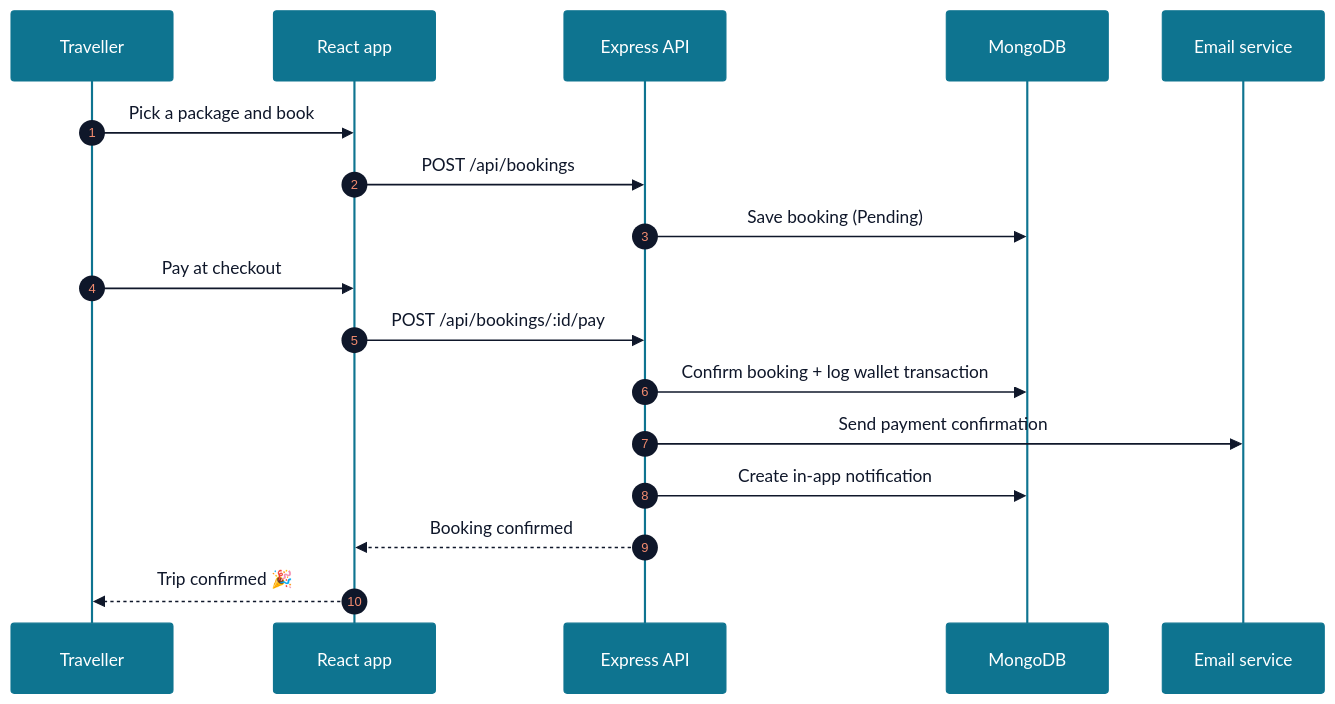
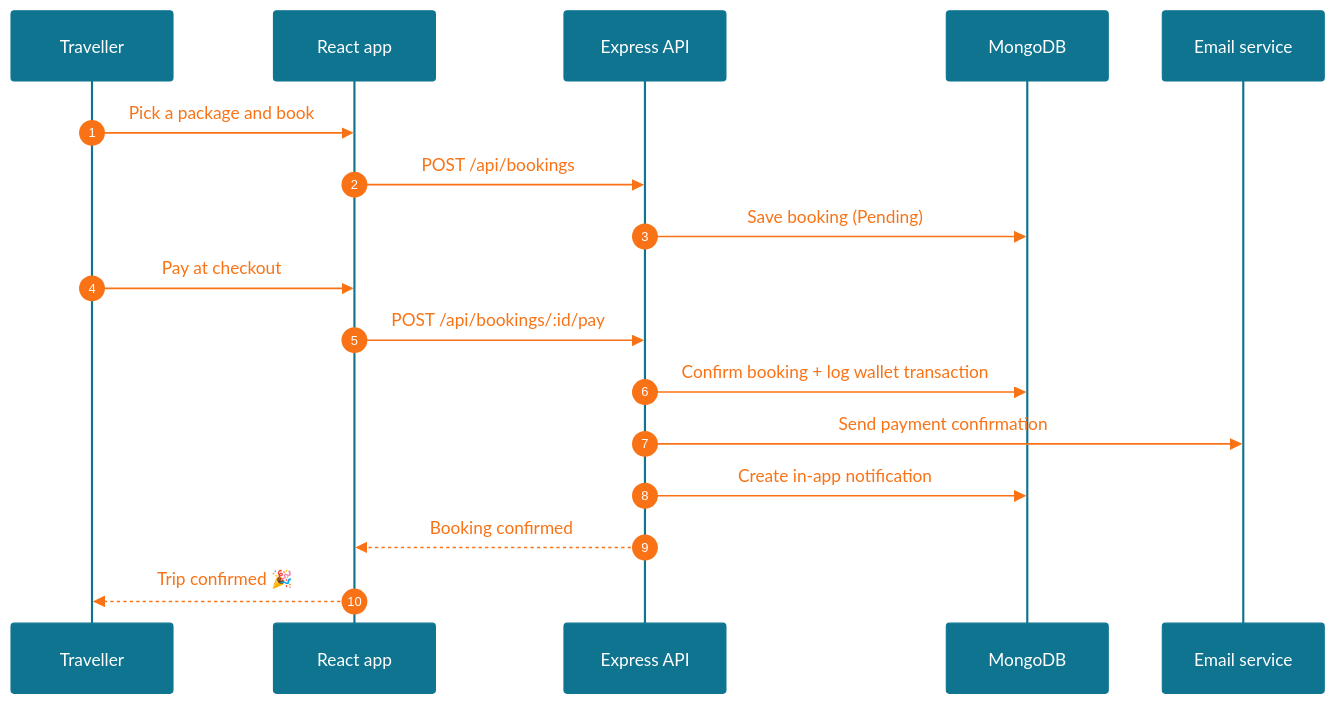
Before and after one commit to sabikswanan/Travel-and-Tourism-Website: the third of 3 diagrams in README.md, drawn with Mermaid. The commit also changed other lines of this file, not shown here.

````diff
--- a/README.md
+++ b/README.md
@@ -198,20 +198,20 @@
 ```mermaid
-%%{init: {"theme": "base", "themeVariables": {"primaryColor": "#ECFEFF", "primaryBorderColor": "#0E7490", "primaryTextColor": "#0F172A", "lineColor": "#0E7490", "secondaryColor": "#FFF7ED", "tertiaryColor": "#F8FAFC", "actorBkg": "#0E7490", "actorTextColor": "#FFFFFF", "actorBorder": "#0E7490", "signalColor": "#0F172A", "noteBkgColor": "#FFF7ED"}}}%%
+%%{init: {"theme": "base", "themeVariables": {"primaryColor": "#ECFEFF", "primaryBorderColor": "#0E7490", "primaryTextColor": "#0F172A", "lineColor": "#F97316", "secondaryColor": "#FFF7ED", "tertiaryColor": "#F8FAFC", "actorBkg": "#0E7490", "actorTextColor": "#FFFFFF", "actorBorder": "#0E7490", "signalColor": "#F97316", "signalTextColor": "#F97316", "textColor": "#F97316", "labelTextColor": "#F97316", "sequenceNumberColor": "#FFFFFF", "noteBkgColor": "#FFF7ED"}}}%%
 sequenceDiagram
     autonumber
     participant T as Traveller
     participant FE as React app
     participant API as Express API
     participant DB as MongoDB
     participant Mail as Email service
     T->>FE: Pick a package and book
     FE->>API: POST /api/bookings
     API->>DB: Save booking (Pending)
     T->>FE: Pay at checkout
     FE->>API: POST /api/bookings/:id/pay
     API->>DB: Confirm booking + log wallet transaction
     API->>Mail: Send payment confirmation
     API->>DB: Create in-app notification
     API-->>FE: Booking confirmed
     FE-->>T: Trip confirmed 🎉
 ```
````
